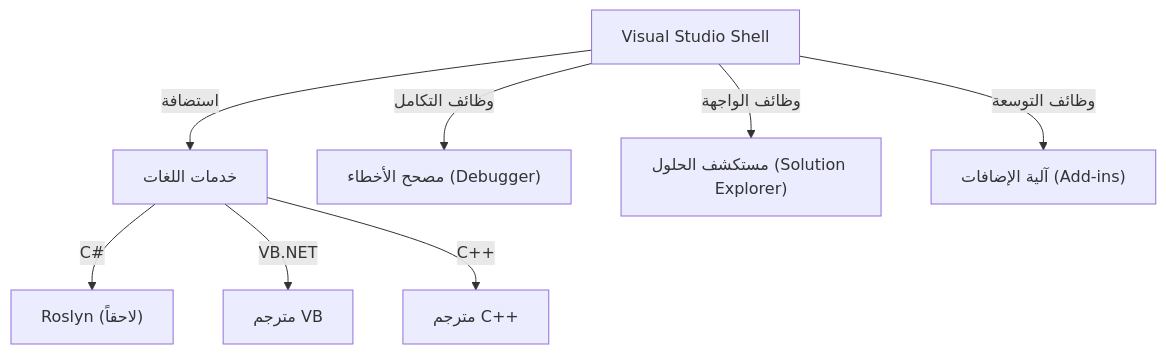
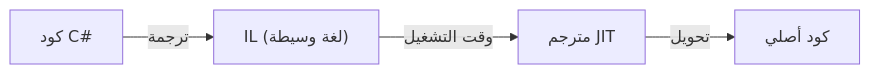
Before and after one commit to kenjinote/blog: the second of 2 diagrams in content/post/history-of-visual-studio/index.ar.md, drawn with Mermaid. The commit also changed other lines of this file and 129 other files, not shown here.

````diff
--- a/content/post/history-of-visual-studio/index.ar.md
+++ b/content/post/history-of-visual-studio/index.ar.md
@@ -85,11 +51,6 @@
 ```mermaid
-graph TD
-    A["Visual Studio Shell"] -- "استضافة" --> B["خدمات اللغات"]
-    B -- "C#" --> C["Roslyn (لاحقاً)"]
-    B -- "VB.NET" --> D["مترجم VB"]
-    B -- "C++" --> E["مترجم C++"]
-    
-    A -- "وظائف التكامل" --> F["مصحح الأخطاء (Debugger)"]
-    A -- "وظائف الواجهة" --> G["مستكشف الحلول (Solution Explorer)"]
-    A -- "وظائف التوسعة" --> H["آلية الإضافات (Add-ins)"]
+graph LR
+    A["كود C#"] -- "ترجمة" --> B["IL (لغة وسيطة)"]
+    B -- "وقت التشغيل" --> C["مترجم JIT"]
+    C -- "تحويل" --> D["كود أصلي"]
 ```
````
